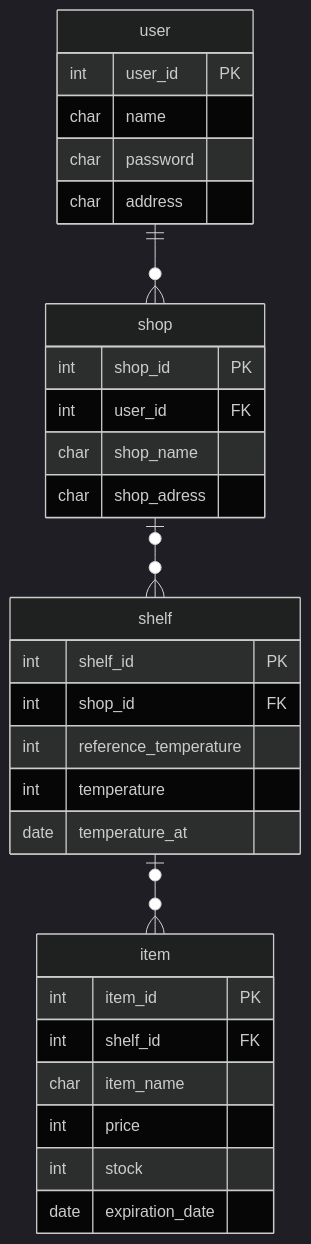
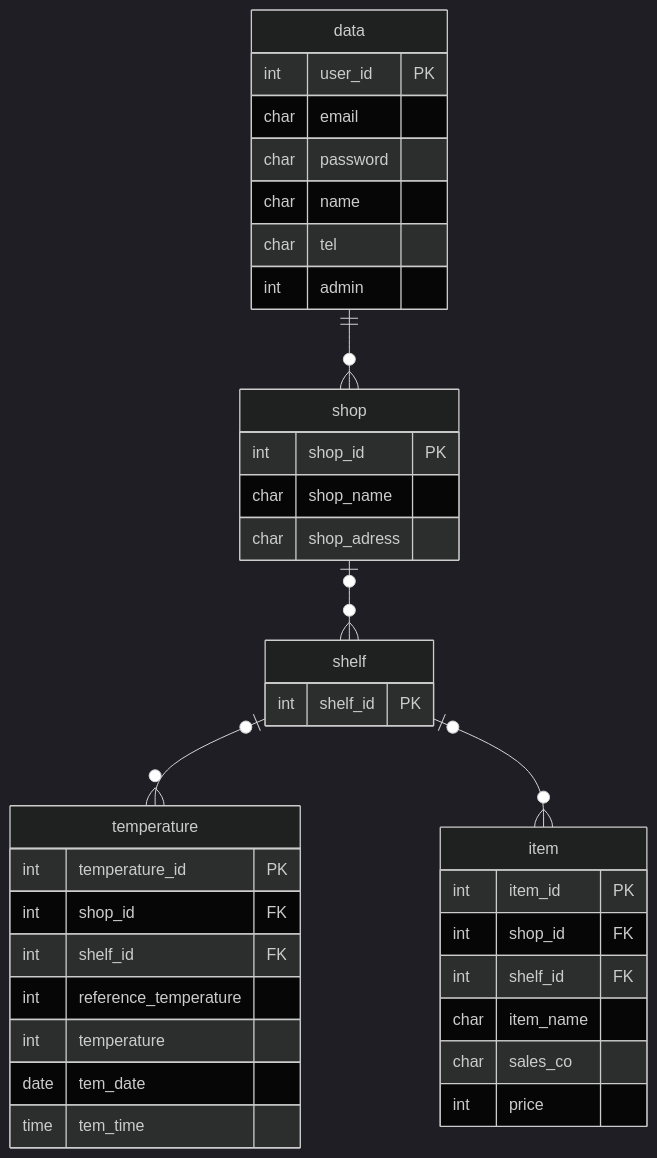
Before and after one commit to Itsuki1031/test: the diagram in README.md, drawn with Mermaid (dark theme). The commit also changed other lines of this file and 6 other files, not shown here.

````diff
--- a/README.md
+++ b/README.md
@@ -5,37 +5,45 @@
 ```mermaid
 erDiagram
-user {
+data {
     int user_id PK
+    char email
+    char password
     char name
-    char password
-    char address
+    char tel
+    int admin
 }
 
 shop {
     int shop_id PK
-    int user_id FK
     char shop_name
     char shop_adress
 }
 
 shelf {
     int shelf_id PK
+}
+
+temperature {
+    int temperature_id PK
     int shop_id FK
+    int shelf_id FK
     int reference_temperature
     int temperature
-    date temperature_at
+    date tem_date
+    time tem_time
 }
 
 item {
     int item_id PK
+    int shop_id FK
     int shelf_id FK
     char item_name
+    char sales_co
     int price
-    int stock
-    date expiration_date
 }
 
-user ||--o{ shop : ""
+data ||--o{ shop : ""
 shop |o--o{ shelf : ""
+shelf |o--o{ temperature : ""
 shelf |o--o{ item : ""
 ```
````
